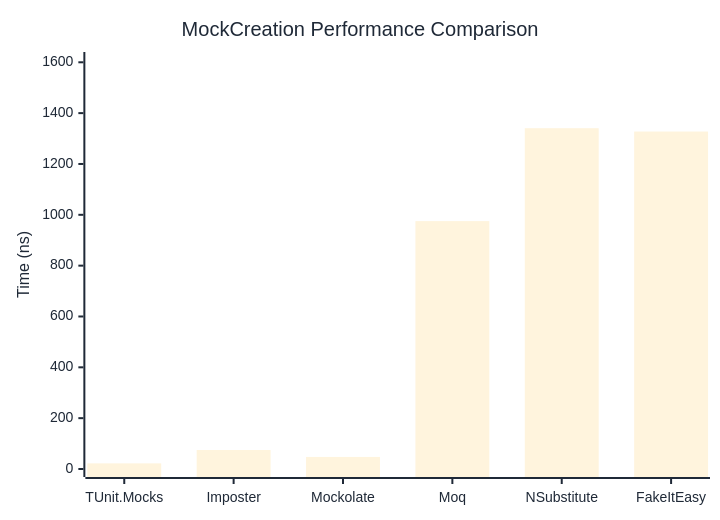
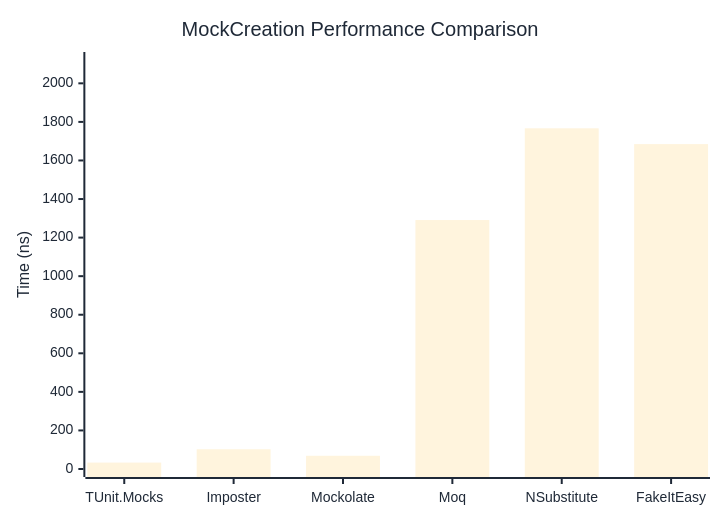
Before and after one commit to thomhurst/TUnit: the first of 2 diagrams in docs/docs/benchmarks/mocks/MockCreation.md, drawn with Mermaid. The commit also changed other lines of this file and 14 other files, not shown here.

````diff
--- a/docs/docs/benchmarks/mocks/MockCreation.md
+++ b/docs/docs/benchmarks/mocks/MockCreation.md
@@ -30,27 +30,27 @@
 ```mermaid
 %%{init: {
   'theme':'base',
   'themeVariables': {
     'primaryColor': '#2563eb',
     'primaryTextColor': '#1f2937',
     'primaryBorderColor': '#1e40af',
     'lineColor': '#6b7280',
     'secondaryColor': '#7c3aed',
     'tertiaryColor': '#dc2626',
     'background': '#ffffff',
     'pie1': '#2563eb',
     'pie2': '#7c3aed',
     'pie3': '#dc2626',
     'pie4': '#f59e0b',
     'pie5': '#10b981',
     'pie6': '#06b6d4',
     'pie7': '#ec4899',
     'pie8': '#6366f1'
   }
 }}%%
 xychart-beta
   title "MockCreation Performance Comparison"
   x-axis ["TUnit.Mocks", "Imposter", "Mockolate", "Moq", "NSubstitute", "FakeItEasy"]
-  y-axis "Time (ns)" 0 --> 1609
-  bar [22.19, 74.63, 47.49, 975.18, 1340.74, 1327.57]
+  y-axis "Time (ns)" 0 --> 2121
+  bar [33.29, 102.4, 68.62, 1291.01, 1766.83, 1684.9]
 ```
````
